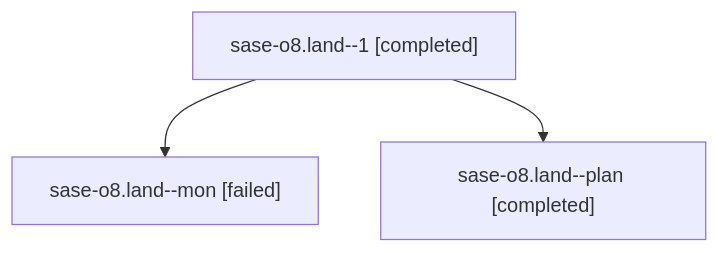
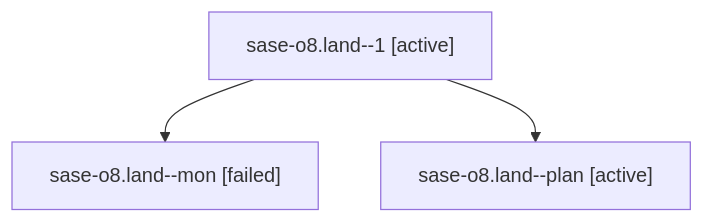
One commit to sase-org/sase--agents changed the diagram in families/bbugyi200.athena.sase-o8.land.md. Above: the diagram before and after it, drawn with Mermaid. The commit also changed other lines of this file and 35830 other files, not shown here.

````diff
--- a/families/bbugyi200.athena.sase-o8.land.md
+++ b/families/bbugyi200.athena.sase-o8.land.md
@@ -9,8 +9,8 @@
 ```mermaid
 flowchart TD
-  n0["sase-o8.land--1 [completed]"]
+  n0["sase-o8.land--1 [active]"]
   n1["sase-o8.land--mon [failed]"]
   n0 --> n1
-  n2["sase-o8.land--plan [completed]"]
+  n2["sase-o8.land--plan [active]"]
   n0 --> n2
 ```
````
